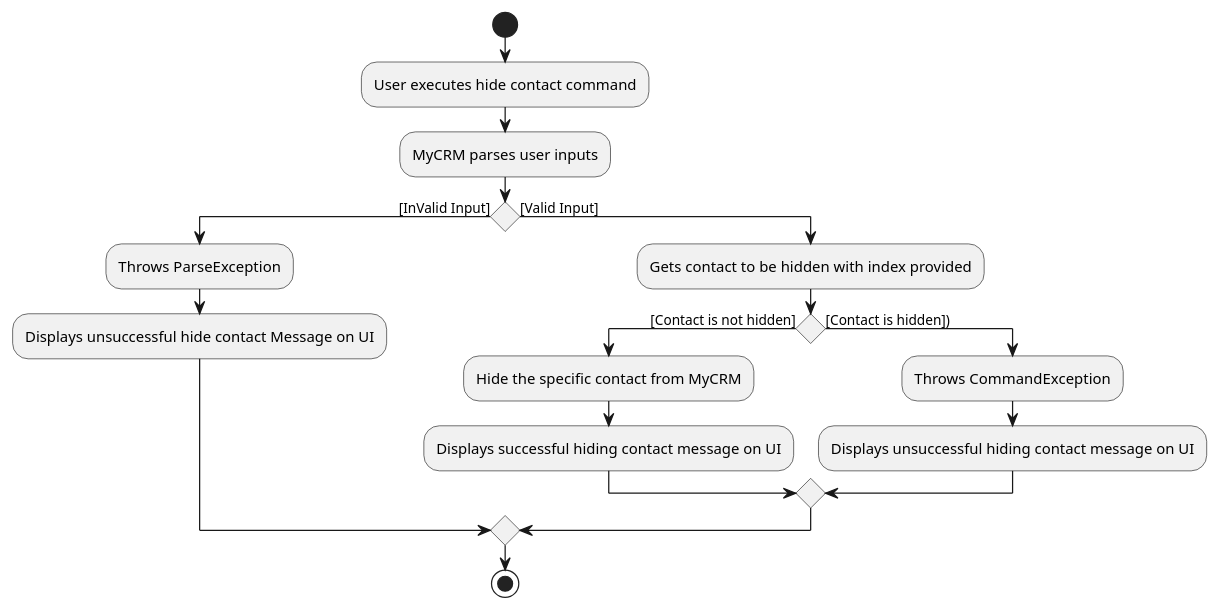
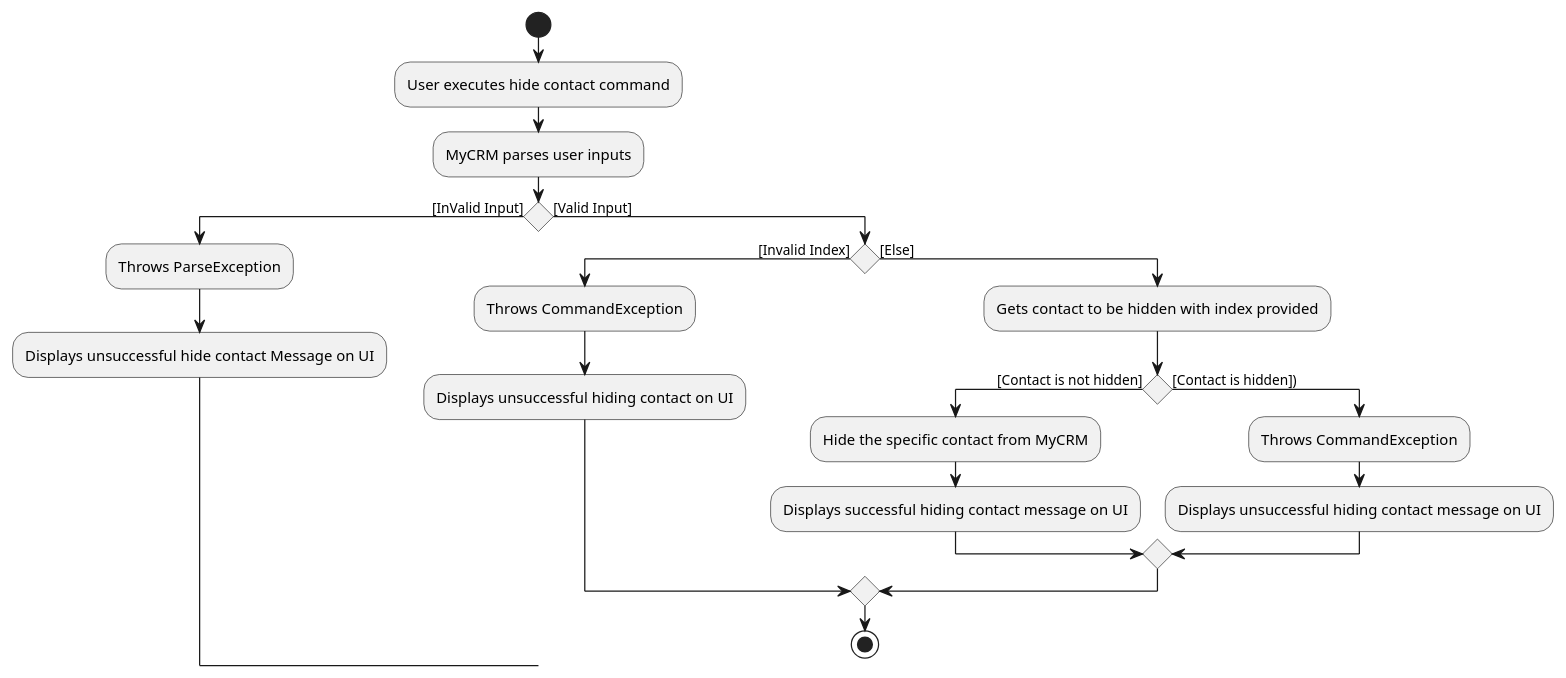
The diagram in docs/diagrams/contact/HideContactActivityDiagram.puml (ooawagaeri/tp), drawn with PlantUML before and after one commit. The commit also changed 9 other files, not shown here.

Commit message:
Add more details in contact diagrams.

```diff
--- a/docs/diagrams/contact/HideContactActivityDiagram.puml
+++ b/docs/diagrams/contact/HideContactActivityDiagram.puml
@@ -1,19 +1,23 @@
 @startuml
 start
 :User executes hide contact command;
 :MyCRM parses user inputs;
 if () then ([InValid Input])
     :Throws ParseException;
     :Displays unsuccessful hide contact Message on UI;
 else ([Valid Input])
+if () then ([Invalid Index])
+    :Throws CommandException;
+    :Displays unsuccessful hiding contact on UI;
+else ([Else])
 :Gets contact to be hidden with index provided;
 if () then ([Contact is not hidden])
 :Hide the specific contact from MyCRM;
 :Displays successful hiding contact message on UI;
 else ([Contact is hidden]))
 :Throws CommandException;
 :Displays unsuccessful hiding contact message on UI;
 endif
 endif
 stop
 @enduml
```
